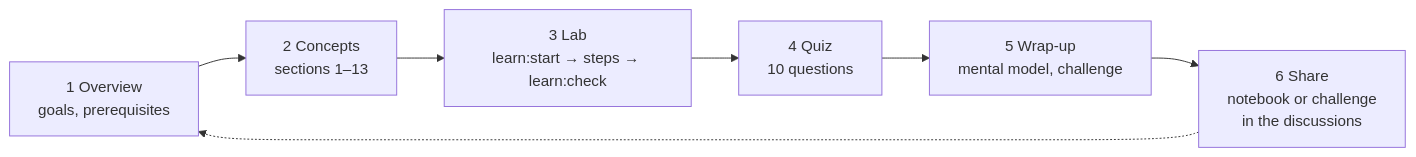
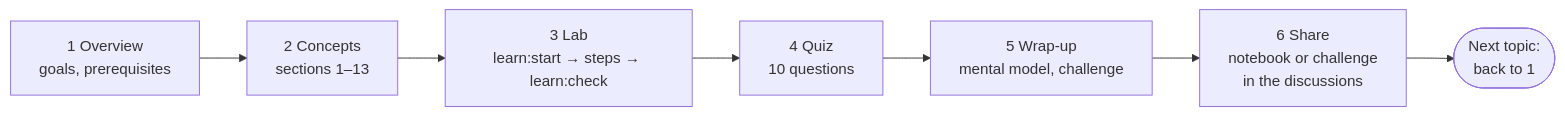
The diagram in docs/start/how-it-works.md (moatazeldebsy/qa-ai-era-workshop), drawn with Mermaid before and after one commit. The commit also changed 1 other file, not shown here.

Commit message:
docs: untangle the study-loop and demo-app diagrams
- Study loop: the dotted arrow from step 6 back to step 1 pushed the
  first and last boxes out of line; the loop is now a final "Next topic:
  back to 1" step, so the row is straight.
- Demo app: the server fanned out to seven boxes on long curves. Now
  the server points to four areas (catalogue and pricing, accounts,
  checkout, assistant), and only real calls onward are drawn, with no
  crossing lines. Demo Pay sits with the browser pages.

````diff
--- a/docs/start/how-it-works.md
+++ b/docs/start/how-it-works.md
@@ -9,9 +9,9 @@
 ```mermaid
 flowchart LR
   O["1 Overview<br/>goals, prerequisites"] --> C["2 Concepts<br/>sections 1–13"]
   C --> L["3 Lab<br/>learn:start → steps → learn:check"]
   L --> Q["4 Quiz<br/>10 questions"]
   Q --> W["5 Wrap-up<br/>mental model, challenge"]
   W --> S["6 Share<br/>notebook or challenge<br/>in the discussions"]
-  S -.-> O
+  S --> N(["Next topic:<br/>back to 1"])
 ```
````
